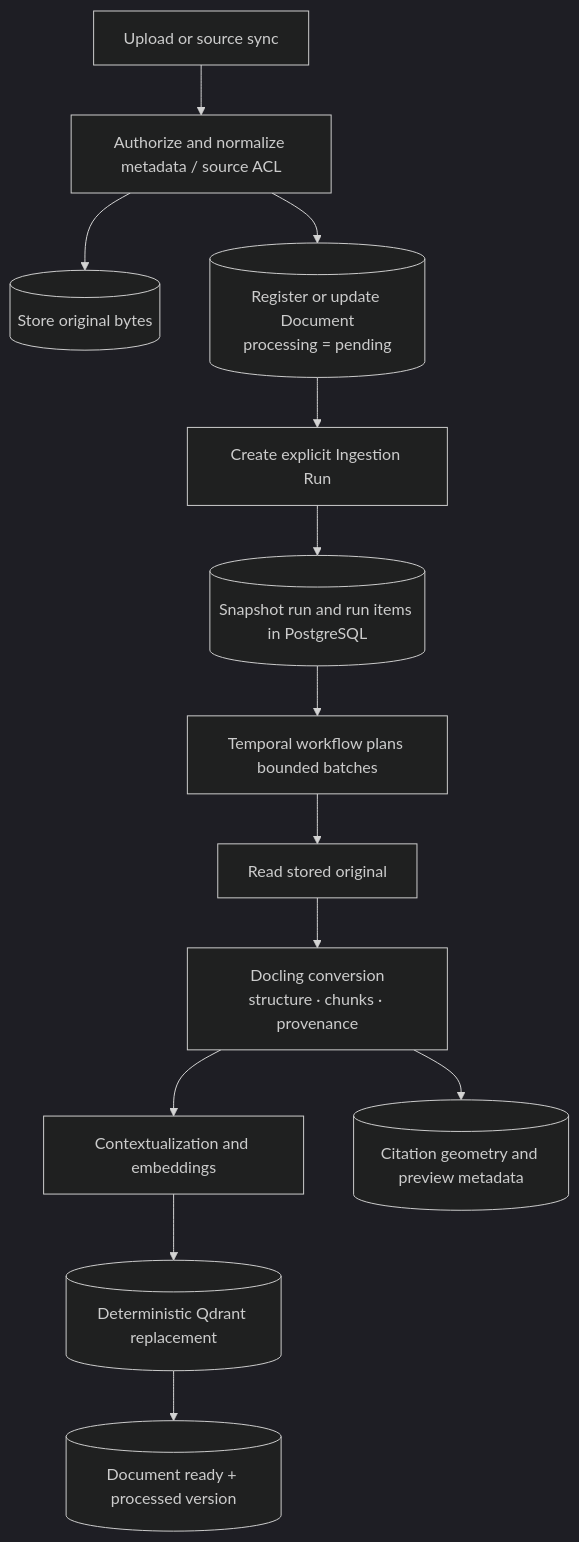
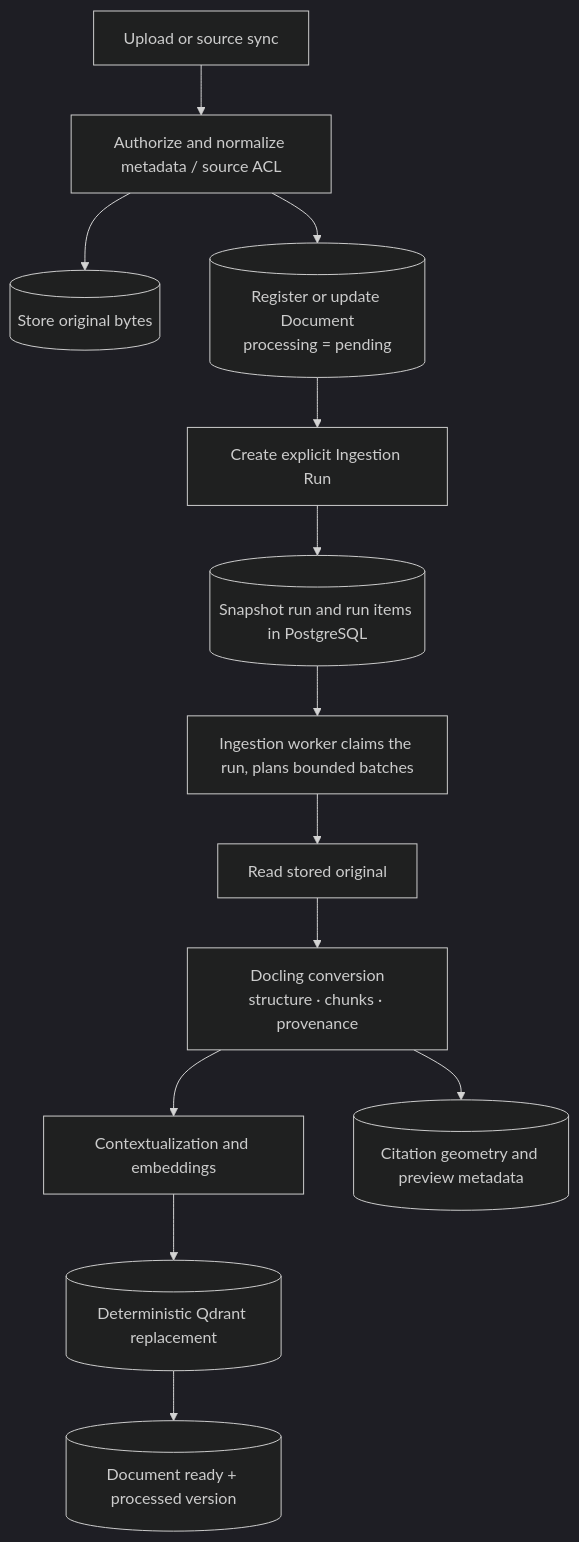
One commit to NguyenDuy1910/BoMesh changed the second of 3 diagrams in docs/architecture-overview.md. Above: the diagram before and after it, drawn with Mermaid (dark theme). The commit also changed other lines of this file and 309 other files, not shown here.

````diff
--- a/docs/architecture-overview.md
+++ b/docs/architecture-overview.md
@@ -145,15 +145,15 @@
 ```mermaid
 flowchart TD
     A["Upload or source sync"] --> B["Authorize and normalize metadata / source ACL"]
     B --> C[("Store original bytes")]
     B --> D[("Register or update Document<br/>processing = pending")]
     D --> E["Create explicit Ingestion Run"]
     E --> F[("Snapshot run and run items in PostgreSQL")]
-    F --> G["Temporal workflow plans bounded batches"]
+    F --> G["Ingestion worker claims the run, plans bounded batches"]
     G --> H["Read stored original"]
     H --> I["Docling conversion<br/>structure · chunks · provenance"]
     I --> J["Contextualization and embeddings"]
     I --> K[("Citation geometry and preview metadata")]
     J --> L[("Deterministic Qdrant replacement")]
     L --> M[("Document ready + processed version")]
 ```
````
